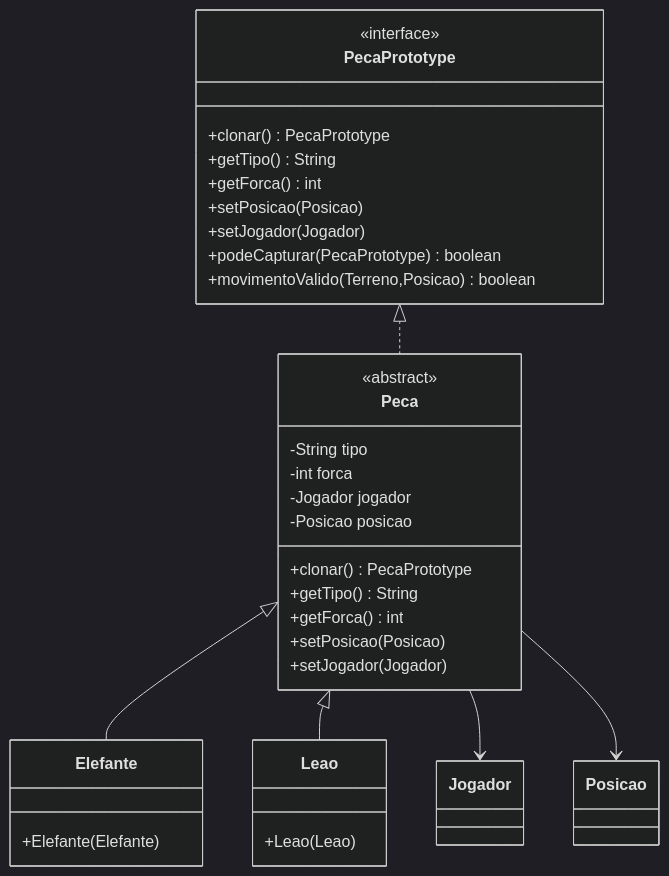
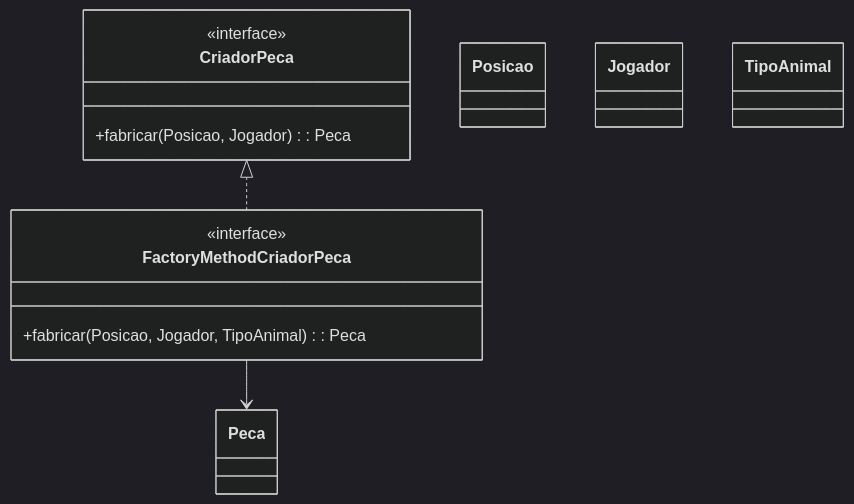
Before and after one commit to 20242-ifba-saj-ads-ppr/framework-equipe4: the sixth of 6 diagrams in README.md, drawn with Mermaid (dark theme). The commit also changed other lines of this file and 3 other files, not shown here.

````diff
--- a/README.md
+++ b/README.md
@@ -240,40 +375,20 @@
-``` mermaid
+```mermaid
 classDiagram
-    class PecaPrototype {
+    class CriadorPeca {
         <<interface>>
-        +clonar() PecaPrototype
-        +getTipo() String
-        +getForca() int
-        +setPosicao(Posicao)
-        +setJogador(Jogador)
-        +podeCapturar(PecaPrototype) boolean
-        +movimentoValido(Terreno,Posicao) boolean
+        +fabricar(Posicao, Jogador): Peca
     }
-    
-    class Peca {
-        <<abstract>>
-        -String tipo
-        -int forca
-        -Jogador jogador
-        -Posicao posicao
-        +clonar() PecaPrototype
-        +getTipo() String
-        +getForca() int
-        +setPosicao(Posicao)
-        +setJogador(Jogador)
+
+    class FactoryMethodCriadorPeca {
+        <<interface>>
+        +fabricar(Posicao, Jogador, TipoAnimal): Peca
     }
-    
-    class Elefante {
-        +Elefante(Elefante)
-    }
-    
-    class Leao {
-        +Leao(Leao)
-    }
-    
-    PecaPrototype <|.. Peca
-    Peca <|-- Elefante
-    Peca <|-- Leao
-    Peca --> Jogador
-    Peca --> Posicao
- ```
+
+    class Peca
+    class Posicao
+    class Jogador
+    class TipoAnimal
+
+    CriadorPeca <|.. FactoryMethodCriadorPeca
+    FactoryMethodCriadorPeca --> Peca
+```
````
